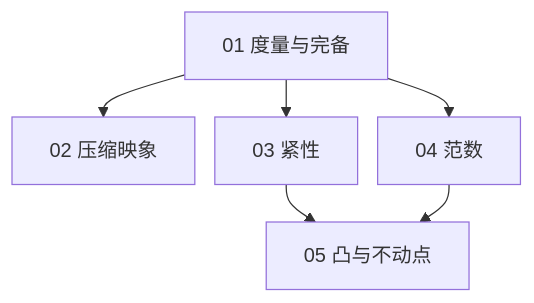
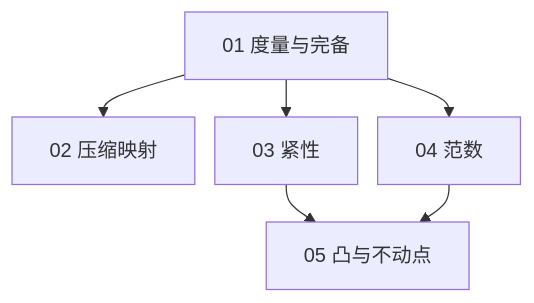
The first of 2 diagrams in 泛函分析/00_泛函分析学习总览.md (xsoc1/math-notes), drawn with Mermaid before and after one commit. The commit also changed other lines of this file and 134 other files, not shown here.

````diff
--- a/泛函分析/00_泛函分析学习总览.md
+++ b/泛函分析/00_泛函分析学习总览.md
@@ -42,9 +42,9 @@
 ```mermaid
 %%{init: {"flowchart": {"nodeSpacing": 16, "rankSpacing": 30}}}%%
 graph TD
-	M["01 度量与完备"] --> B["02 压缩映象"]
-	M --> K["03 紧性"]
-	M --> N["04 范数"]
-	K --> S["05 凸与不动点"]
-	N --> S
+    M["01 度量与完备"] --> B["02 压缩映射"]
+    M --> K["03 紧性"]
+    M --> N["04 范数"]
+    K --> S["05 凸与不动点"]
+    N --> S
 ```
````
